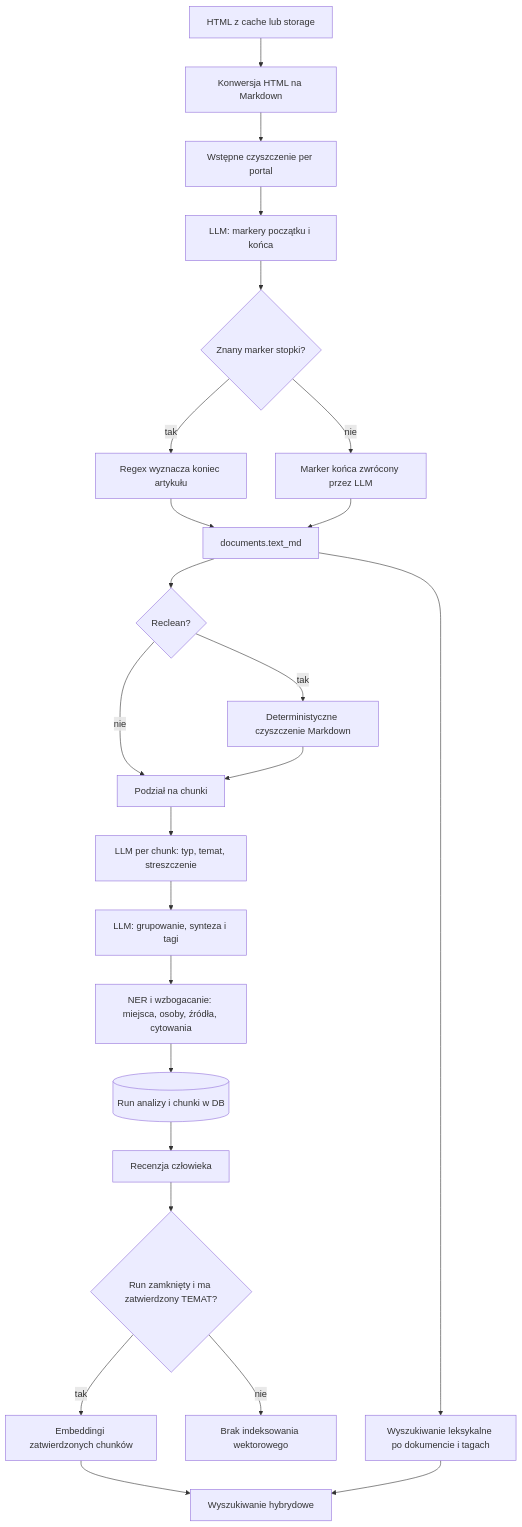
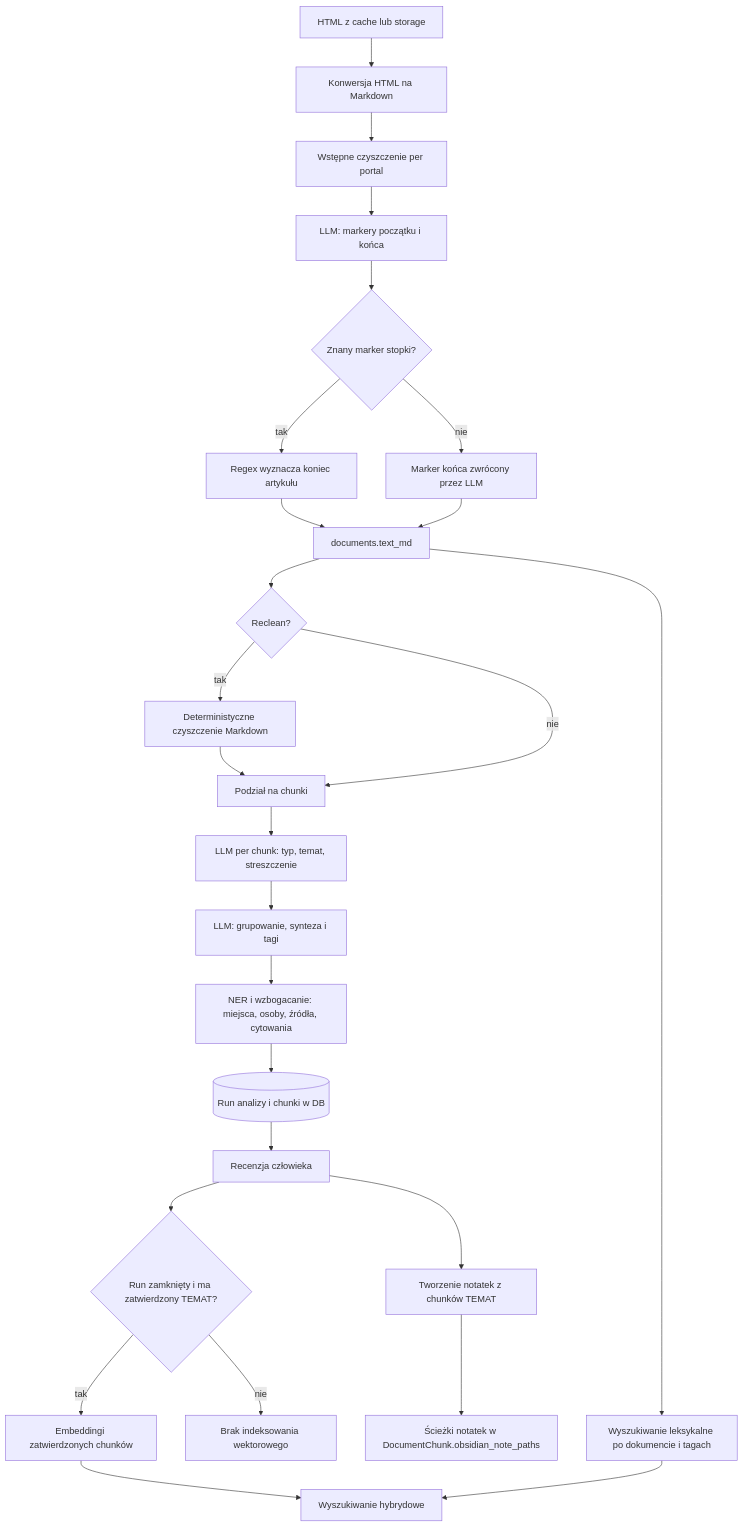
The first of 4 diagrams in docs/document-analysis-pipeline.md (ziutus/ai_assistant_lenie), drawn with Mermaid before and after one commit. The commit also changed other lines of this file and 1 other file, not shown here.

Commit message:
docs: document processing state flows

````diff
--- a/docs/document-analysis-pipeline.md
+++ b/docs/document-analysis-pipeline.md
@@ -25,26 +25,28 @@
 ```mermaid
 flowchart TD
     A[HTML z cache lub storage] --> B[Konwersja HTML na Markdown]
     B --> C[Wstępne czyszczenie per portal]
     C --> D[LLM: markery początku i końca]
     D --> E{Znany marker stopki?}
     E -- tak --> F[Regex wyznacza koniec artykułu]
     E -- nie --> G[Marker końca zwrócony przez LLM]
     F --> H[documents.text_md]
     G --> H
     H --> I{Reclean?}
     I -- tak --> J[Deterministyczne czyszczenie Markdown]
     I -- nie --> K[Podział na chunki]
     J --> K
     K --> L[LLM per chunk: typ, temat, streszczenie]
     L --> M[LLM: grupowanie, synteza i tagi]
     M --> N[NER i wzbogacanie: miejsca, osoby, źródła, cytowania]
     N --> O[(Run analizy i chunki w DB)]
     O --> P[Recenzja człowieka]
     P --> Q{Run zamknięty i ma zatwierdzony TEMAT?}
     Q -- tak --> R[Embeddingi zatwierdzonych chunków]
     Q -- nie --> S[Brak indeksowania wektorowego]
     R --> T[Wyszukiwanie hybrydowe]
     H --> U[Wyszukiwanie leksykalne po dokumencie i tagach]
     U --> T
+    P --> V[Tworzenie notatek z chunków TEMAT]
+    V --> W[Ścieżki notatek w DocumentChunk.obsidian_note_paths]
 ```
````
